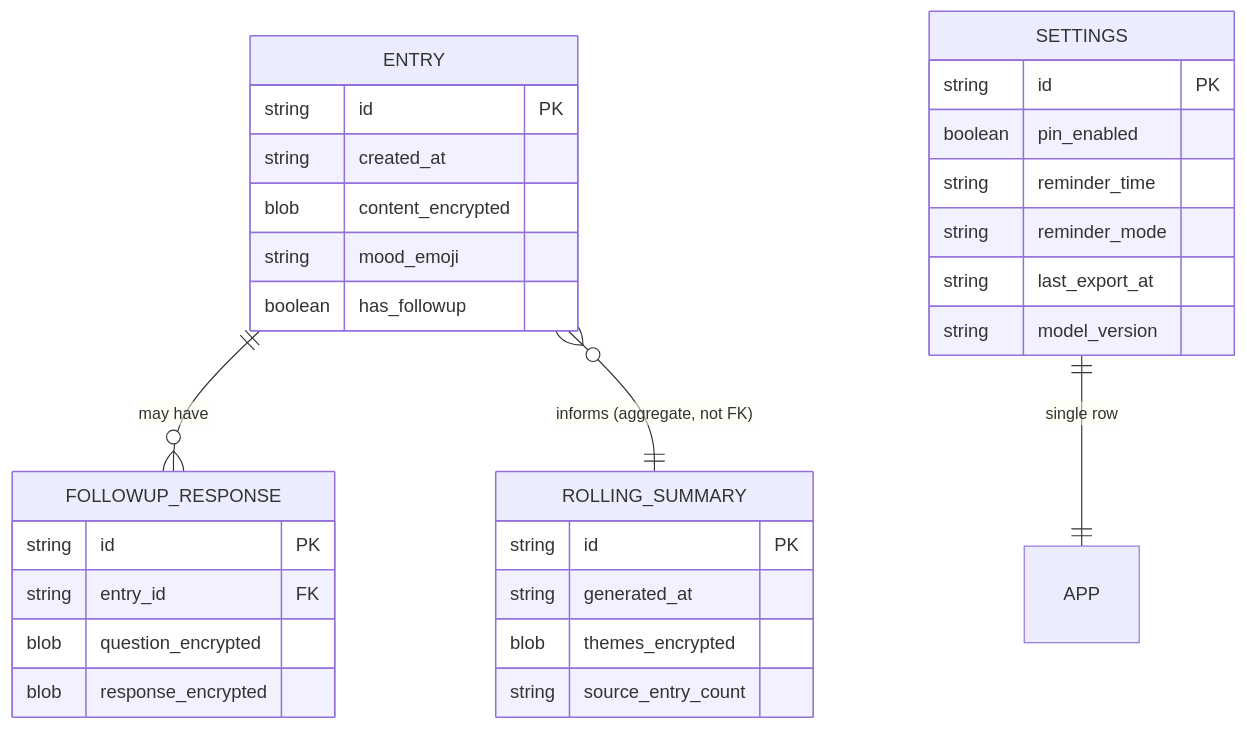
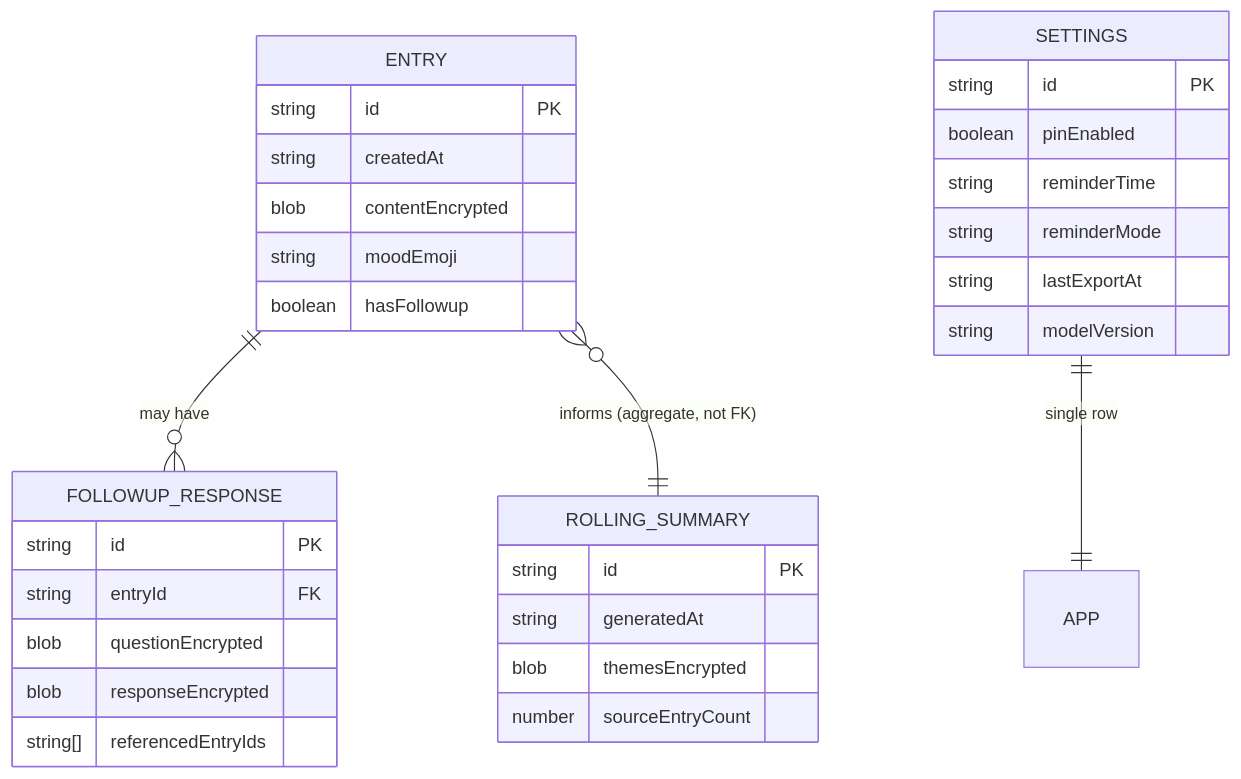
One commit to bawas07/mindscribe-pwa changed the diagram in docs/data-schema.md. Above: the diagram before and after it, drawn with Mermaid. The commit also changed other lines of this file and 3 other files, not shown here.

First line of the commit message:
docs: rename schema fields to camelCase, document opt-in follow-up flow

````diff
--- a/docs/data-schema.md
+++ b/docs/data-schema.md
@@ -7,34 +7,35 @@
 ```mermaid
 erDiagram
     ENTRY ||--o{ FOLLOWUP_RESPONSE : "may have"
     ENTRY }o--|| ROLLING_SUMMARY : "informs (aggregate, not FK)"
     SETTINGS ||--|| APP : "single row"
 
     ENTRY {
         string id PK
-        string created_at
-        blob content_encrypted
-        string mood_emoji
-        boolean has_followup
+        string createdAt
+        blob contentEncrypted
+        string moodEmoji
+        boolean hasFollowup
     }
     FOLLOWUP_RESPONSE {
         string id PK
-        string entry_id FK
-        blob question_encrypted
-        blob response_encrypted
+        string entryId FK
+        blob questionEncrypted
+        blob responseEncrypted
+        string[] referencedEntryIds
     }
     ROLLING_SUMMARY {
         string id PK
-        string generated_at
-        blob themes_encrypted
-        string source_entry_count
+        string generatedAt
+        blob themesEncrypted
+        number sourceEntryCount
     }
     SETTINGS {
         string id PK
-        boolean pin_enabled
-        string reminder_time
-        string reminder_mode
-        string last_export_at
-        string model_version
+        boolean pinEnabled
+        string reminderTime
+        string reminderMode
+        string lastExportAt
+        string modelVersion
     }
 ```
````
